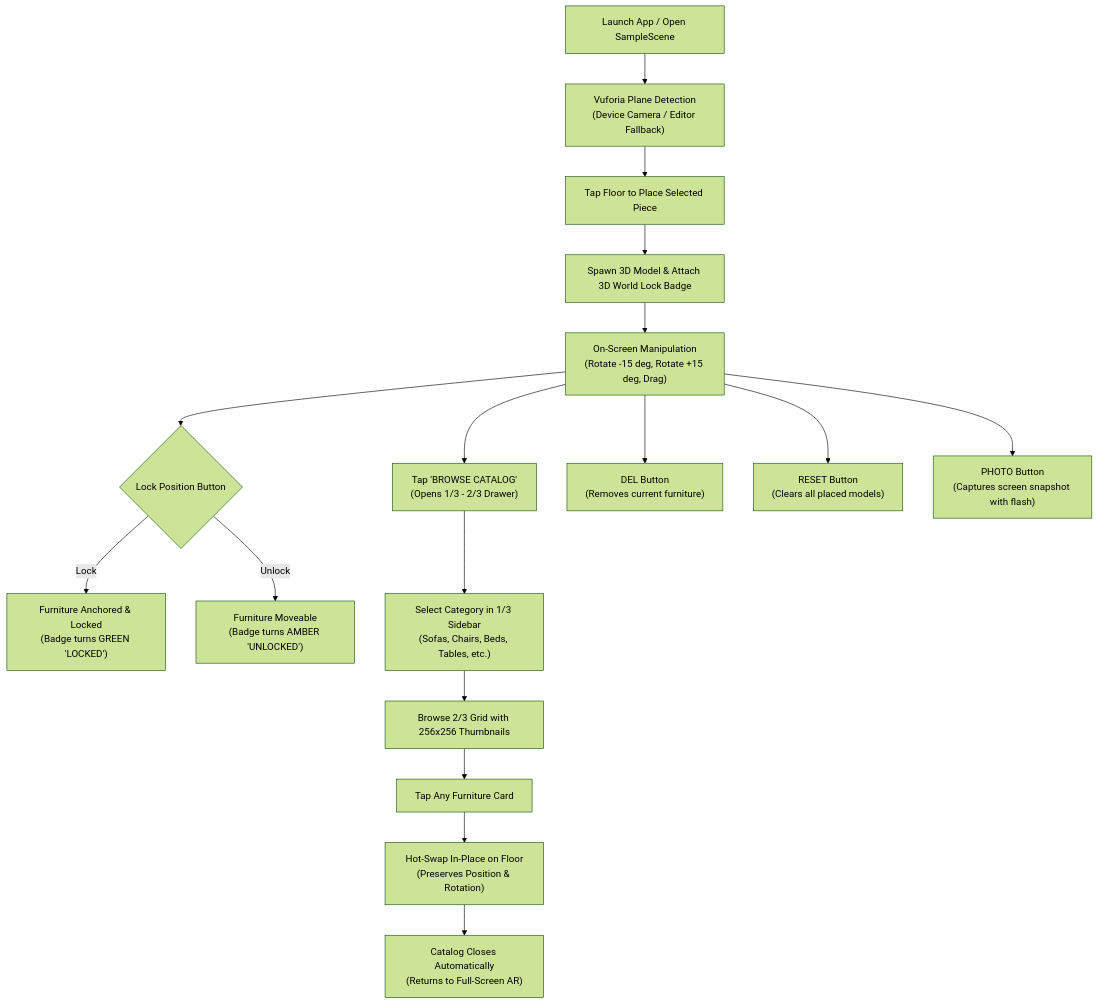
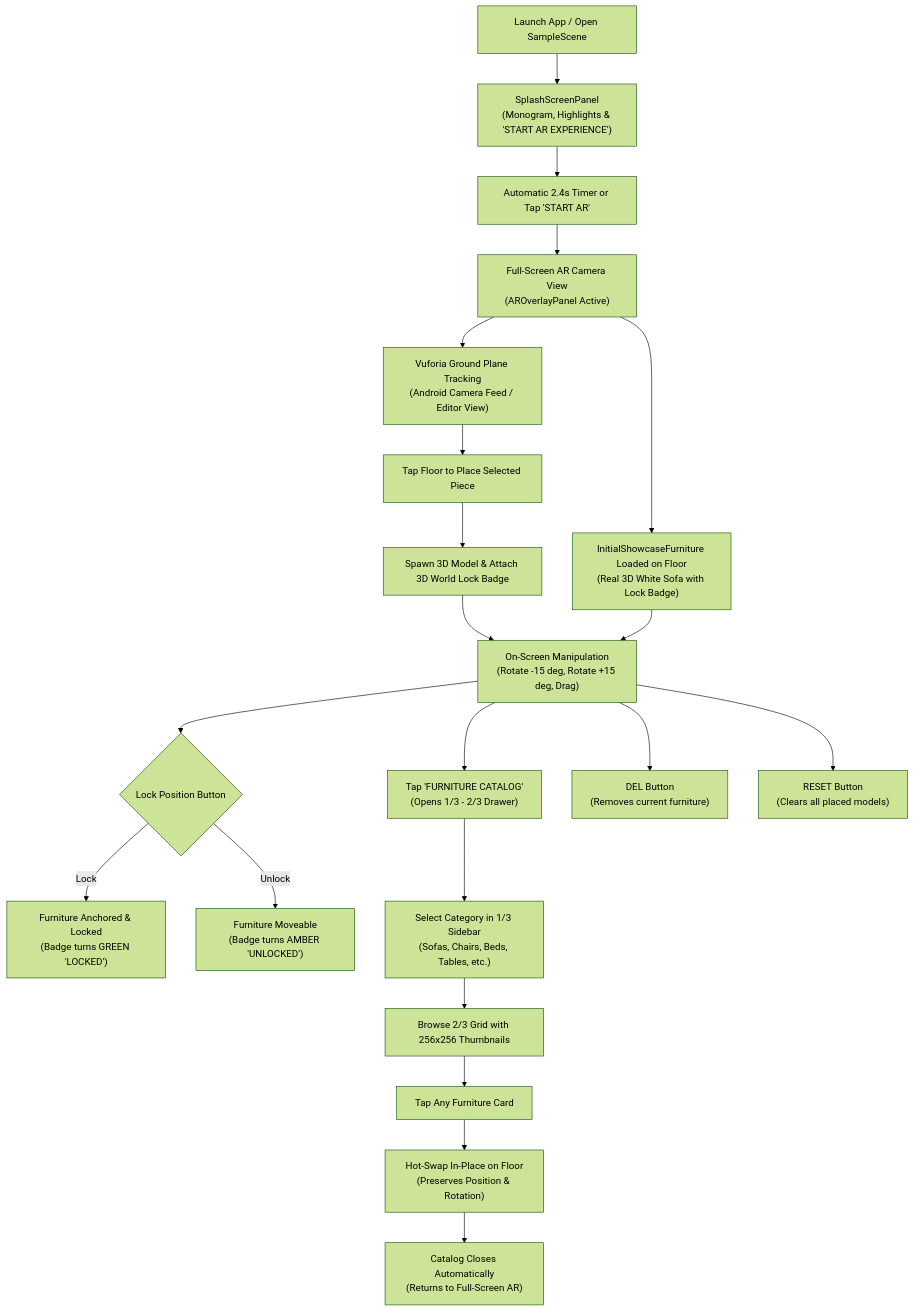
The diagram in PRODUCT.md (HUmnanANirudh/Furnish_Ar), drawn with Mermaid (forest theme) before and after one commit. The commit also changed other lines of this file and 9 other files, not shown here.

Commit message:
feat(ui): add splash screen, fix Android camera permissions, spawn 3D showcase furniture, remove photo option and developer jargon

````diff
--- a/PRODUCT.md
+++ b/PRODUCT.md
@@ -14,19 +14,23 @@
 ```mermaid
 flowchart TD
-    Start["Launch App / Open SampleScene"] --> PlaneTrack["Vuforia Plane Detection<br>(Device Camera / Editor Fallback)"]
+    Start["Launch App / Open SampleScene"] --> Splash["SplashScreenPanel<br>(Monogram, Highlights & 'START AR EXPERIENCE')"]
+    Splash --> DismissSplash["Automatic 2.4s Timer or Tap 'START AR'"]
+    DismissSplash --> ARView["Full-Screen AR Camera View<br>(AROverlayPanel Active)"]
+    ARView --> ShowcaseInit["InitialShowcaseFurniture Loaded on Floor<br>(Real 3D White Sofa with Lock Badge)"]
+    ARView --> PlaneTrack["Vuforia Ground Plane Tracking<br>(Android Camera Feed / Editor View)"]
     PlaneTrack --> TapPlacement["Tap Floor to Place Selected Piece"]
     TapPlacement --> SpawnObject["Spawn 3D Model & Attach 3D World Lock Badge"]
     SpawnObject --> Interact["On-Screen Manipulation<br>(Rotate -15 deg, Rotate +15 deg, Drag)"]
+    ShowcaseInit --> Interact
     Interact --> LockCheck{"Lock Position Button"}
     LockCheck -- "Lock" --> LockedState["Furniture Anchored & Locked<br>(Badge turns GREEN 'LOCKED')"]
     LockCheck -- "Unlock" --> UnlockedState["Furniture Moveable<br>(Badge turns AMBER 'UNLOCKED')"]
-    Interact --> OpenCatalog["Tap 'BROWSE CATALOG'<br>(Opens 1/3 - 2/3 Drawer)"]
+    Interact --> OpenCatalog["Tap 'FURNITURE CATALOG'<br>(Opens 1/3 - 2/3 Drawer)"]
     OpenCatalog --> SelectCat["Select Category in 1/3 Sidebar<br>(Sofas, Chairs, Beds, Tables, etc.)"]
     SelectCat --> BrowseGrid["Browse 2/3 Grid with 256x256 Thumbnails"]
     BrowseGrid --> SelectPiece["Tap Any Furniture Card"]
     SelectPiece --> HotSwap["Hot-Swap In-Place on Floor<br>(Preserves Position & Rotation)"]
     HotSwap --> CloseModal["Catalog Closes Automatically<br>(Returns to Full-Screen AR)"]
     Interact --> DelAction["DEL Button<br>(Removes current furniture)"]
     Interact --> ResetAction["RESET Button<br>(Clears all placed models)"]
-    Interact --> PhotoAction["PHOTO Button<br>(Captures screen snapshot with flash)"]
 ```
````
